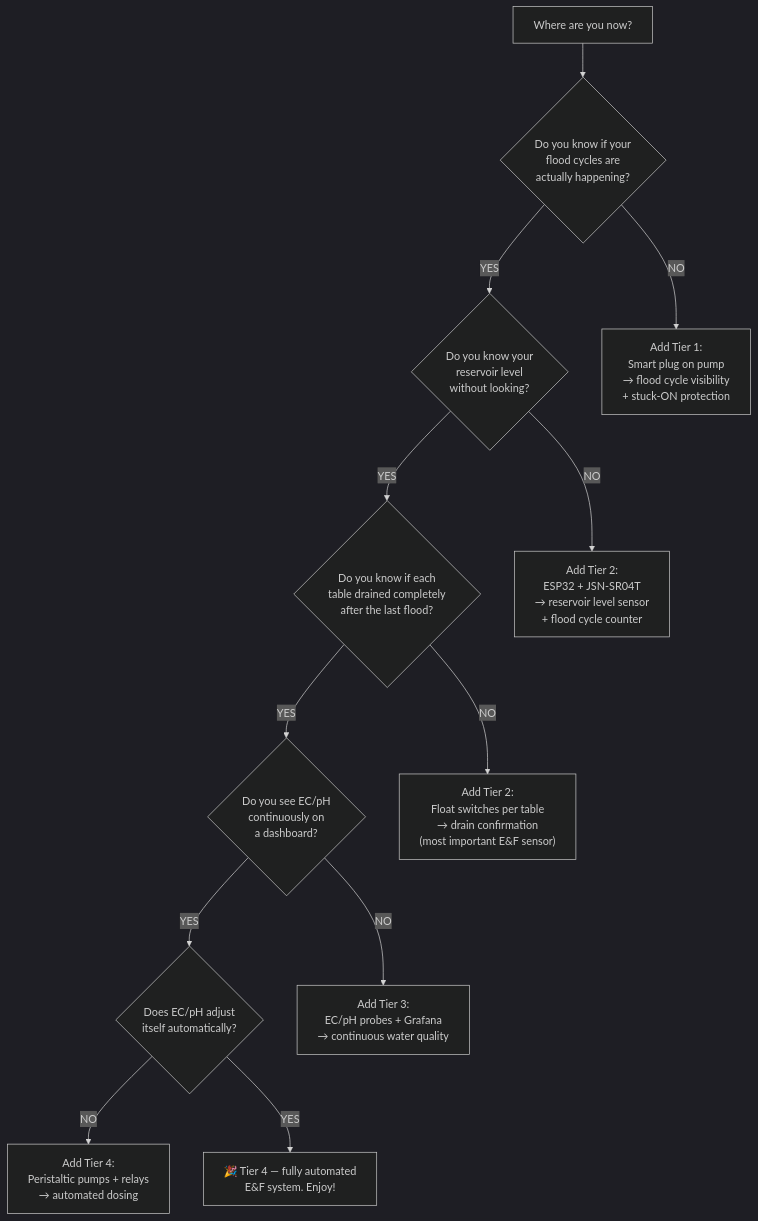
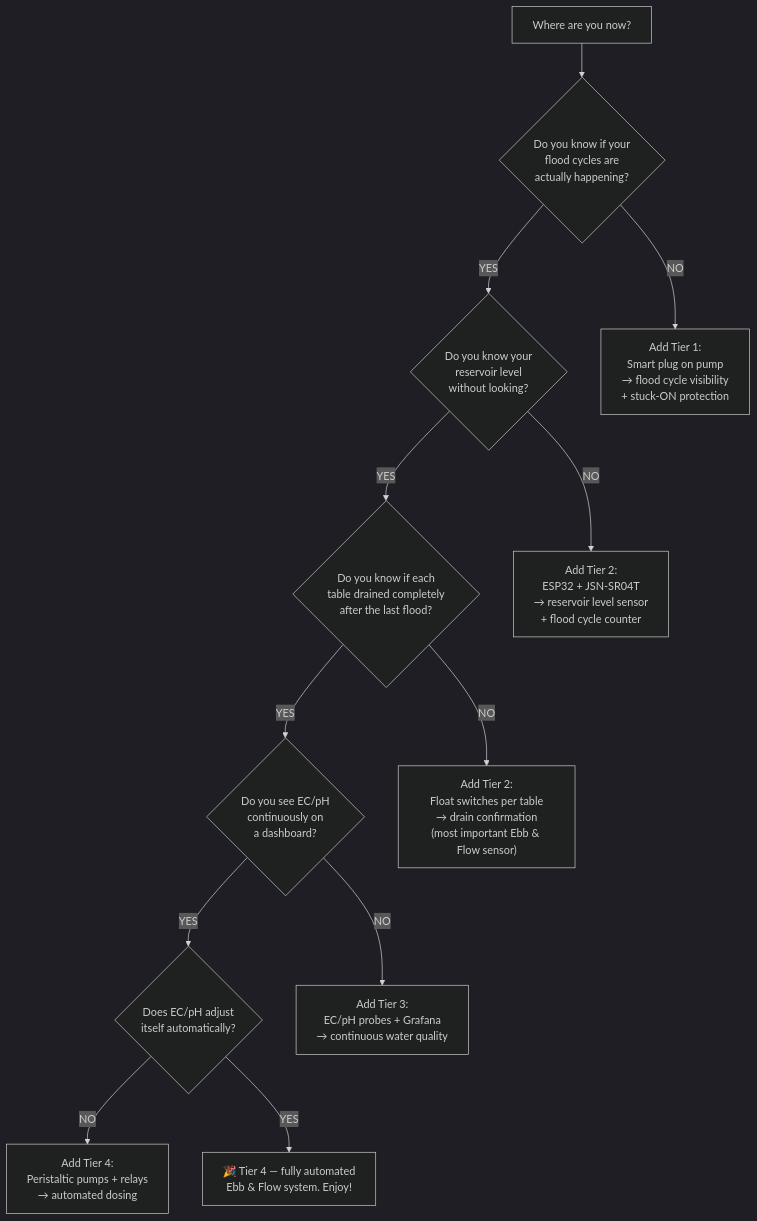
One commit to UncleJS/guide_hydroponics changed diagram 13 of 13 in guide/ebb-and-flow/13-automation.md. Above: the diagram before and after it, drawn with Mermaid (dark theme). The commit also changed other lines of this file and 12 other files, not shown here.

````diff
--- a/guide/ebb-and-flow/13-automation.md
+++ b/guide/ebb-and-flow/13-automation.md
@@ -2345,29 +2335,29 @@
 ```mermaid
 flowchart TD
     START["Where are you now?"]
 
     Q1{"Do you know if your<br/>flood cycles are<br/>actually happening?"}
     Q2{"Do you know your<br/>reservoir level<br/>without looking?"}
     Q3{"Do you know if each<br/>table drained completely<br/>after the last flood?"}
     Q4{"Do you see EC/pH<br/>continuously on<br/>a dashboard?"}
     Q5{"Does EC/pH adjust<br/>itself automatically?"}
-    Q6["🎉 Tier 4 — fully automated<br/>E&F system. Enjoy!"]
+    Q6["🎉 Tier 4 — fully automated<br/>Ebb &amp; Flow system. Enjoy!"]
 
     A1["Add Tier 1:<br/>Smart plug on pump<br/>→ flood cycle visibility<br/>+ stuck-ON protection"]
     A2["Add Tier 2:<br/>ESP32 + JSN-SR04T<br/>→ reservoir level sensor<br/>+ flood cycle counter"]
-    A3["Add Tier 2:<br/>Float switches per table<br/>→ drain confirmation<br/>(most important E&F sensor)"]
+    A3["Add Tier 2:<br/>Float switches per table<br/>→ drain confirmation<br/>(most important Ebb &amp; Flow sensor)"]
     A4["Add Tier 3:<br/>EC/pH probes + Grafana<br/>→ continuous water quality"]
     A5["Add Tier 4:<br/>Peristaltic pumps + relays<br/>→ automated dosing"]
 
     START --> Q1
     Q1 -->|NO| A1
     Q1 -->|YES| Q2
     Q2 -->|NO| A2
     Q2 -->|YES| Q3
     Q3 -->|NO| A3
     Q3 -->|YES| Q4
     Q4 -->|NO| A4
     Q4 -->|YES| Q5
     Q5 -->|NO| A5
     Q5 -->|YES| Q6
 ```
````
